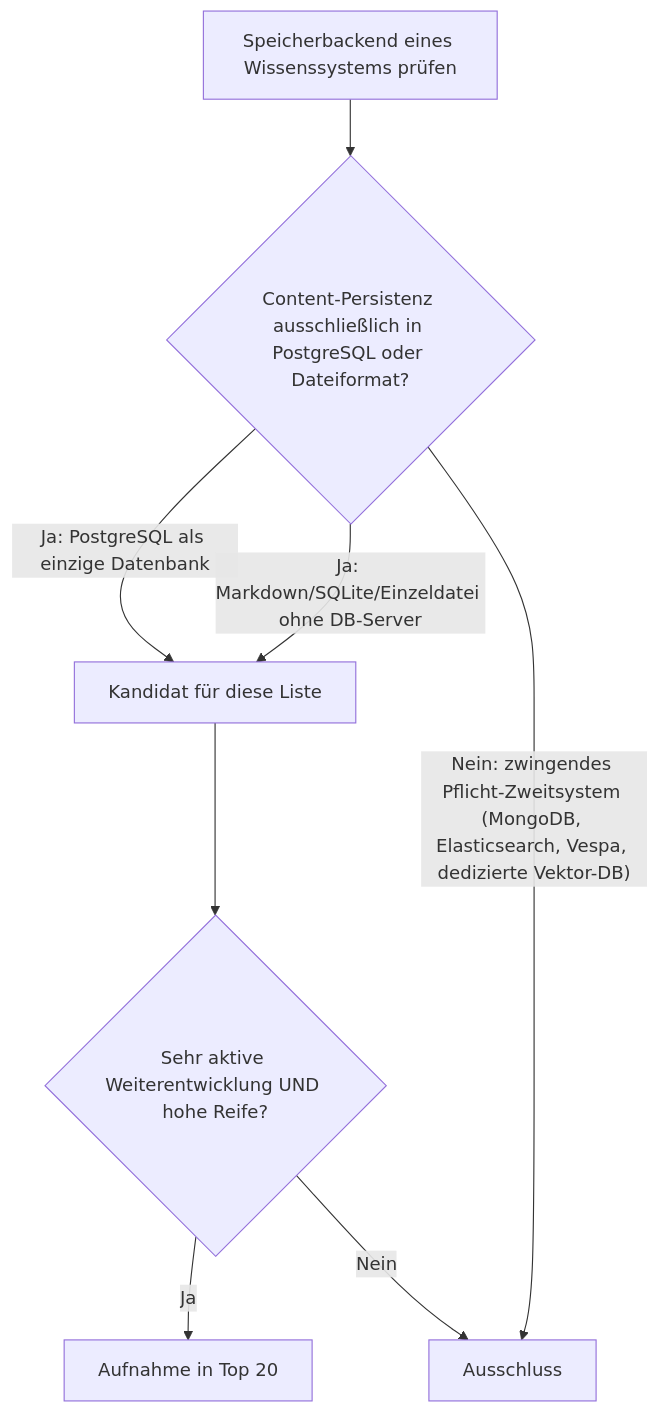
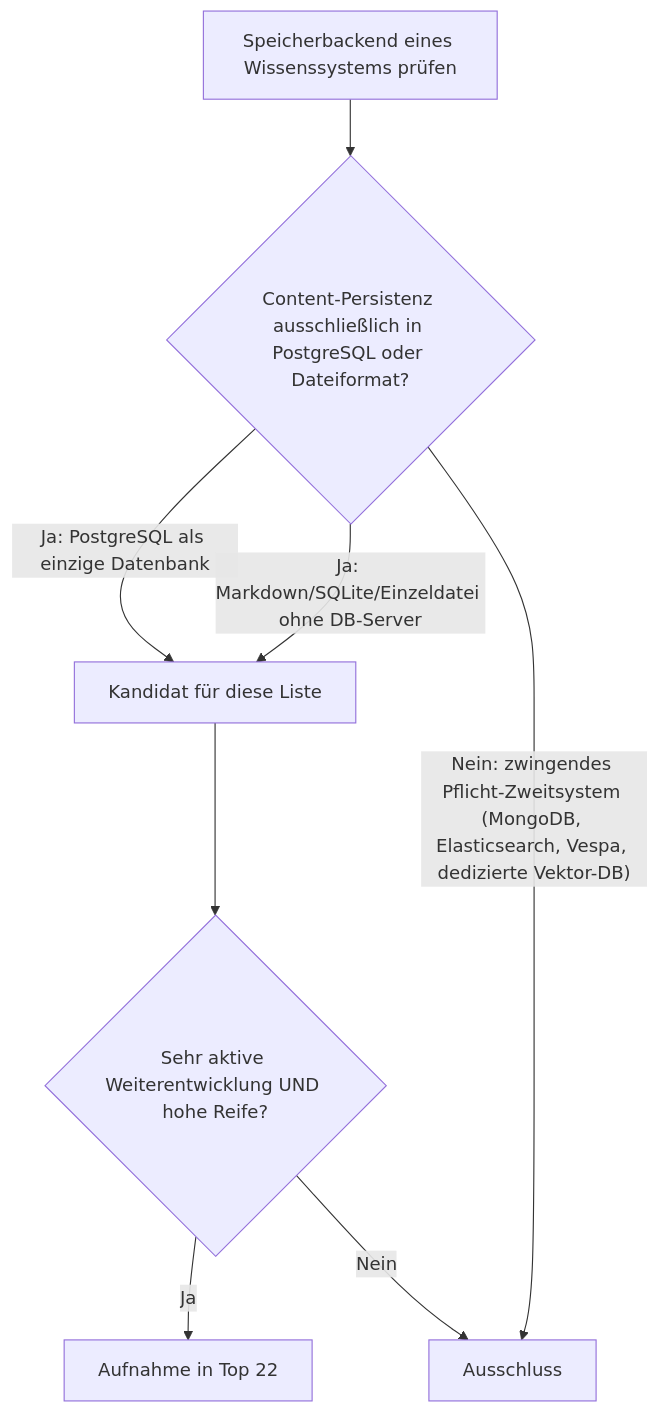
One commit to thorstenkloehn/dokument changed the first of 3 diagrams in docs/wissen/dokumentation/postgresql-dateiformat-wissenssysteme-2026-topliste.md. Above: the diagram before and after it, drawn with Mermaid. The commit also changed other lines of this file and 18 other files, not shown here.

````diff
--- a/docs/wissen/dokumentation/postgresql-dateiformat-wissenssysteme-2026-topliste.md
+++ b/docs/wissen/dokumentation/postgresql-dateiformat-wissenssysteme-2026-topliste.md
@@ -15,10 +15,10 @@
 ```mermaid
 graph TD
     Start["Speicherbackend eines Wissenssystems prüfen"] --> A{"Content-Persistenz ausschließlich in PostgreSQL oder Dateiformat?"}
     A -->|"Ja: PostgreSQL als einzige Datenbank"| B["Kandidat für diese Liste"]
     A -->|"Ja: Markdown/SQLite/Einzeldatei ohne DB-Server"| B
     A -->|"Nein: zwingendes Pflicht-Zweitsystem (MongoDB, Elasticsearch, Vespa, dedizierte Vektor-DB)"| C["Ausschluss"]
     B --> D{"Sehr aktive Weiterentwicklung UND hohe Reife?"}
-    D -->|"Ja"| E["Aufnahme in Top 20"]
+    D -->|"Ja"| E["Aufnahme in Top 22"]
     D -->|"Nein"| C
 ```
````
